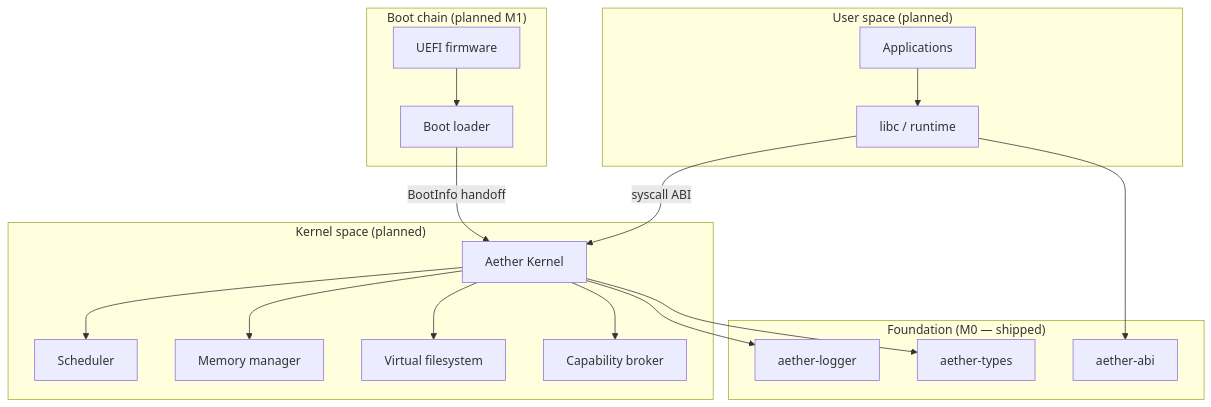
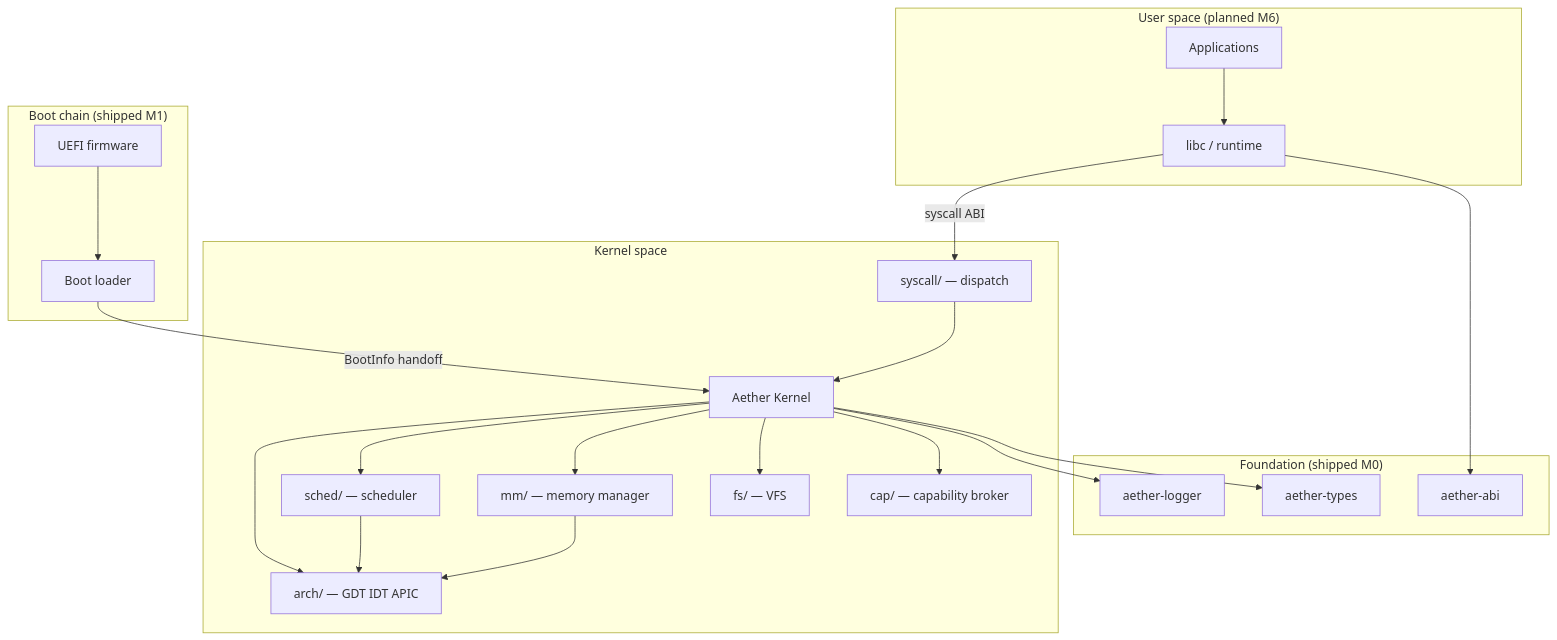
The first of 3 diagrams in ARCHITECTURE.md (D1bakar/ather-os), drawn with Mermaid before and after one commit. The commit also changed other lines of this file and 17 other files, not shown here.

````diff
--- a/ARCHITECTURE.md
+++ b/ARCHITECTURE.md
@@ -14,38 +16,44 @@
 ```mermaid
 graph TB
-    subgraph userspace["User space (planned)"]
+    subgraph userspace["User space (planned M6)"]
         APP[Applications]
         LIBC[libc / runtime]
     end
 
-    subgraph kernelspace["Kernel space (planned)"]
+    subgraph kernelspace["Kernel space"]
         KERN[Aether Kernel]
-        SCHED[Scheduler]
-        MM[Memory manager]
-        VFS[Virtual filesystem]
-        CAP[Capability broker]
+        ARCH[arch/ — GDT IDT APIC]
+        SCHED[sched/ — scheduler]
+        MM[mm/ — memory manager]
+        VFS[fs/ — VFS]
+        CAP[cap/ — capability broker]
+        SYSCALL[syscall/ — dispatch]
     end
 
-    subgraph bootchain["Boot chain (planned M1)"]
+    subgraph bootchain["Boot chain (shipped M1)"]
         UEFI[UEFI firmware]
         BL[Boot loader]
     end
 
-    subgraph foundation["Foundation (M0 — shipped)"]
+    subgraph foundation["Foundation (shipped M0)"]
         TYPES[aether-types]
         ABI[aether-abi]
         LOG[aether-logger]
     end
 
     UEFI --> BL
     BL -->|BootInfo handoff| KERN
     APP --> LIBC
-    LIBC -->|syscall ABI| KERN
+    LIBC -->|syscall ABI| SYSCALL
+    SYSCALL --> KERN
+    KERN --> ARCH
     KERN --> SCHED
     KERN --> MM
     KERN --> VFS
     KERN --> CAP
     KERN --> LOG
     KERN --> TYPES
     LIBC --> ABI
+    SCHED --> ARCH
+    MM --> ARCH
 ```
````
